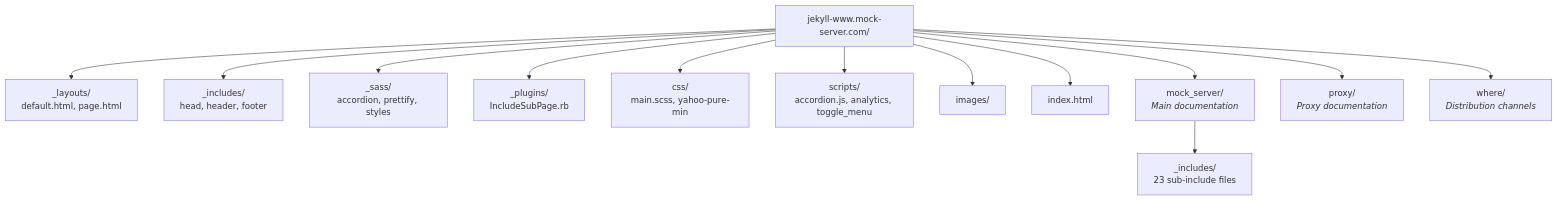
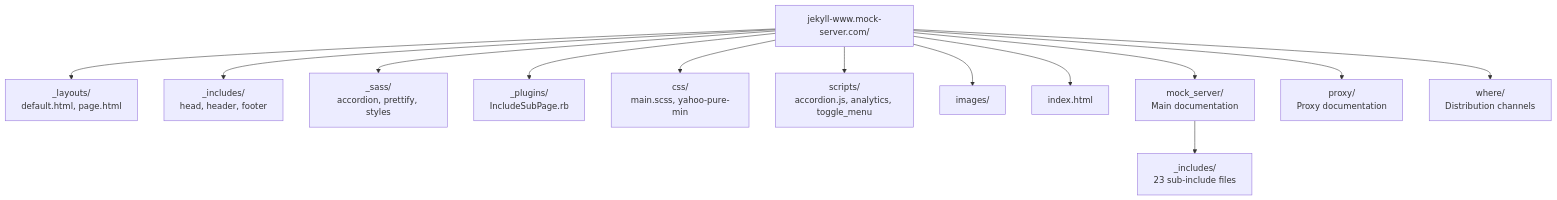
One commit to mock-server/mockserver changed the diagram in docs/operations/website.md. Above: the diagram before and after it, drawn with Mermaid. The commit also changed 21 other files, not shown here.

First line of the commit message:
fix(docs): remove HTML tags from Mermaid diagrams to fix GitHub rendering

````diff
--- a/docs/operations/website.md
+++ b/docs/operations/website.md
@@ -26,18 +26,28 @@
 ```mermaid
 graph TD
     ROOT["jekyll-www.mock-server.com/"]
-    ROOT --> LAYOUTS["_layouts/<br/>default.html, page.html"]
-    ROOT --> INCLUDES["_includes/<br/>head, header, footer"]
-    ROOT --> SASS["_sass/<br/>accordion, prettify, styles"]
-    ROOT --> PLUGINS["_plugins/<br/>IncludeSubPage.rb"]
-    ROOT --> CSS["css/<br/>main.scss, yahoo-pure-min"]
-    ROOT --> SCRIPTS["scripts/<br/>accordion.js, analytics, toggle_menu"]
+    ROOT --> LAYOUTS["_layouts/
+default.html, page.html"]
+    ROOT --> INCLUDES["_includes/
+head, header, footer"]
+    ROOT --> SASS["_sass/
+accordion, prettify, styles"]
+    ROOT --> PLUGINS["_plugins/
+IncludeSubPage.rb"]
+    ROOT --> CSS["css/
+main.scss, yahoo-pure-min"]
+    ROOT --> SCRIPTS["scripts/
+accordion.js, analytics, toggle_menu"]
     ROOT --> IMAGES["images/"]
     ROOT --> INDEX["index.html"]
 
-    ROOT --> MOCK["mock_server/<br/><i>Main documentation</i>"]
-    ROOT --> PROXY["proxy/<br/><i>Proxy documentation</i>"]
-    ROOT --> WHERE["where/<br/><i>Distribution channels</i>"]
+    ROOT --> MOCK["mock_server/
+Main documentation"]
+    ROOT --> PROXY["proxy/
+Proxy documentation"]
+    ROOT --> WHERE["where/
+Distribution channels"]
 
-    MOCK --> MOCK_INC["_includes/<br/>23 sub-include files"]
+    MOCK --> MOCK_INC["_includes/
+23 sub-include files"]
 ```
````
